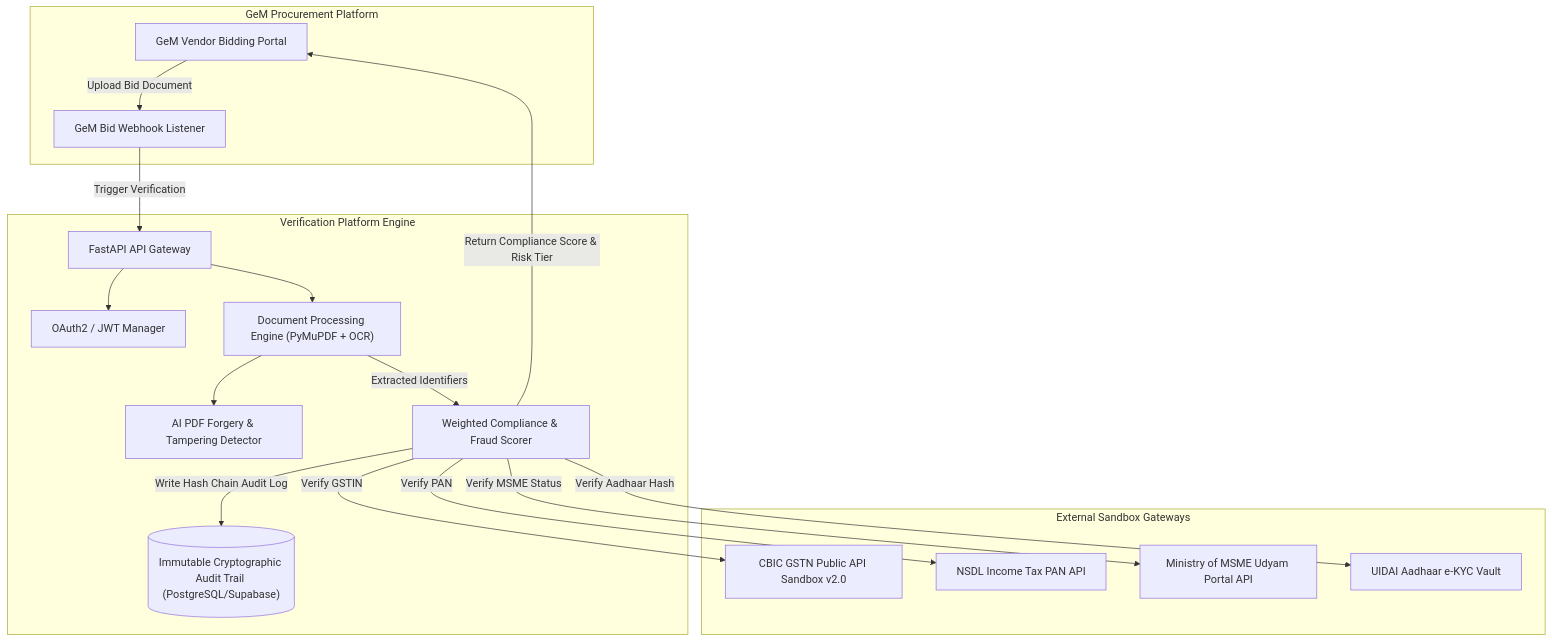
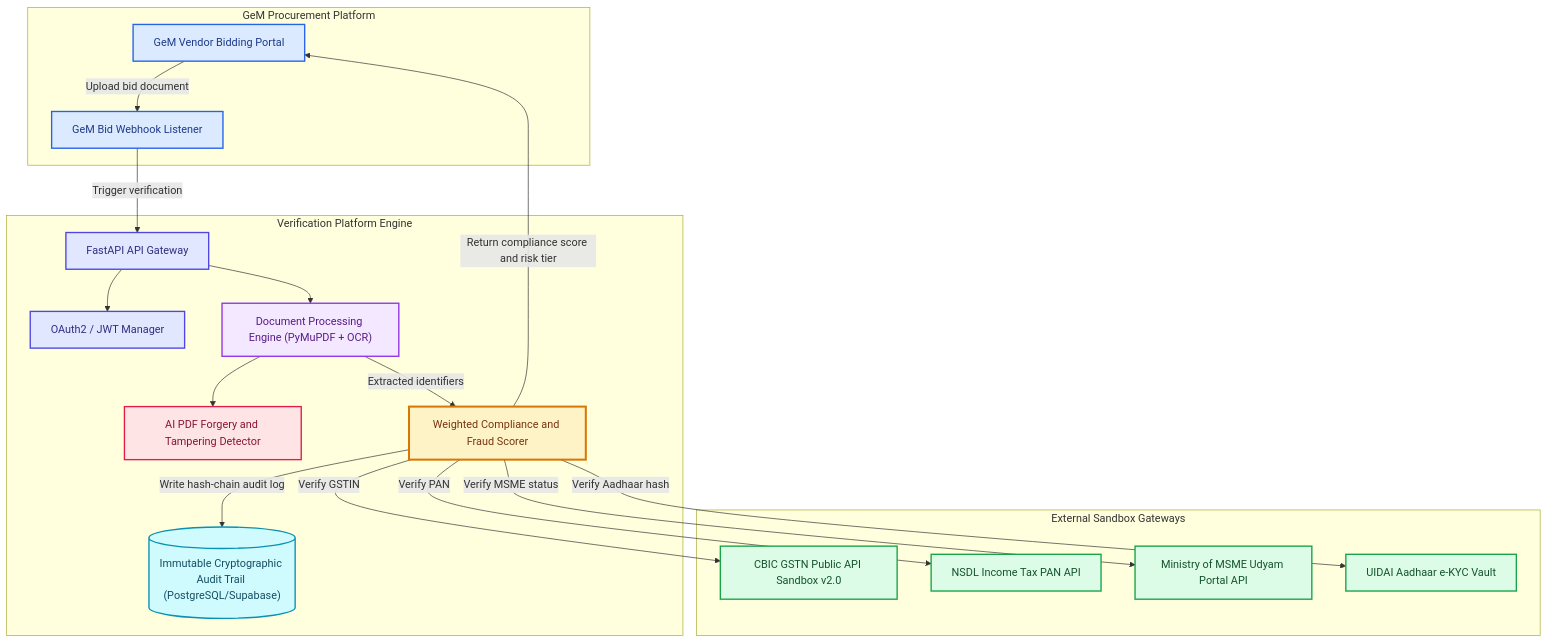
Before and after one commit to Yogeshsingh123-LAB/-AI-Powered-Integrated-Bid-Compliance-Verification-Platform-for-GeM-Procurement: the diagram in docs/GEM_GSTN_SANDBOX_INTEGRATION.md, drawn with Mermaid. The commit also changed 2 other files, not shown here.

Commit message:
Fix GitHub Mermaid diagrams and add colorful styling

````diff
--- a/docs/GEM_GSTN_SANDBOX_INTEGRATION.md
+++ b/docs/GEM_GSTN_SANDBOX_INTEGRATION.md
@@ -13,38 +13,54 @@
 ```mermaid
 flowchart TD
-    subgraph GeM Procurement Platform
+    subgraph GEM["GeM Procurement Platform"]
         GeM_Portal["GeM Vendor Bidding Portal"]
         GeM_Webhook["GeM Bid Webhook Listener"]
     end
 
-    subgraph Verification Platform Engine
+    subgraph VERIFY["Verification Platform Engine"]
         API_Gateway["FastAPI API Gateway"]
         Auth_Service["OAuth2 / JWT Manager"]
         Doc_Pipeline["Document Processing Engine (PyMuPDF + OCR)"]
-        Forgery_Engine["AI PDF Forgery & Tampering Detector"]
-        Scoring_Engine["Weighted Compliance & Fraud Scorer"]
+        Forgery_Engine["AI PDF Forgery and Tampering Detector"]
+        Scoring_Engine["Weighted Compliance and Fraud Scorer"]
         Audit_DB[("Immutable Cryptographic Audit Trail (PostgreSQL/Supabase)")]
     end
 
-    subgraph External Sandbox Gateways
+    subgraph EXTERNAL["External Sandbox Gateways"]
         GSTN_Gateway["CBIC GSTN Public API Sandbox v2.0"]
         PAN_Gateway["NSDL Income Tax PAN API"]
         Udyam_Gateway["Ministry of MSME Udyam Portal API"]
         UIDAI_Gateway["UIDAI Aadhaar e-KYC Vault"]
     end
 
-    GeM_Portal -->|Upload Bid Document| GeM_Webhook
-    GeM_Webhook -->|Trigger Verification| API_Gateway
+    GeM_Portal -->|"Upload bid document"| GeM_Webhook
+    GeM_Webhook -->|"Trigger verification"| API_Gateway
     API_Gateway --> Auth_Service
     API_Gateway --> Doc_Pipeline
     Doc_Pipeline --> Forgery_Engine
-    Doc_Pipeline -->|Extracted Identifiers| Scoring_Engine
+    Doc_Pipeline -->|"Extracted identifiers"| Scoring_Engine
     
-    Scoring_Engine -->|Verify GSTIN| GSTN_Gateway
-    Scoring_Engine -->|Verify PAN| PAN_Gateway
-    Scoring_Engine -->|Verify MSME Status| Udyam_Gateway
-    Scoring_Engine -->|Verify Aadhaar Hash| UIDAI_Gateway
+    Scoring_Engine -->|"Verify GSTIN"| GSTN_Gateway
+    Scoring_Engine -->|"Verify PAN"| PAN_Gateway
+    Scoring_Engine -->|"Verify MSME status"| Udyam_Gateway
+    Scoring_Engine -->|"Verify Aadhaar hash"| UIDAI_Gateway
     
-    Scoring_Engine -->|Write Hash Chain Audit Log| Audit_DB
-    Scoring_Engine -->|Return Compliance Score & Risk Tier| GeM_Portal
+    Scoring_Engine -->|"Write hash-chain audit log"| Audit_DB
+    Scoring_Engine -->|"Return compliance score and risk tier"| GeM_Portal
+
+    classDef portal fill:#DBEAFE,stroke:#2563EB,color:#1E3A8A,stroke-width:2px
+    classDef gateway fill:#E0E7FF,stroke:#4F46E5,color:#312E81,stroke-width:2px
+    classDef processing fill:#F3E8FF,stroke:#9333EA,color:#581C87,stroke-width:2px
+    classDef risk fill:#FFE4E6,stroke:#E11D48,color:#881337,stroke-width:2px
+    classDef score fill:#FEF3C7,stroke:#D97706,color:#78350F,stroke-width:3px
+    classDef external fill:#DCFCE7,stroke:#16A34A,color:#14532D,stroke-width:2px
+    classDef audit fill:#CFFAFE,stroke:#0891B2,color:#164E63,stroke-width:2px
+
+    class GeM_Portal,GeM_Webhook portal
+    class API_Gateway,Auth_Service gateway
+    class Doc_Pipeline processing
+    class Forgery_Engine risk
+    class Scoring_Engine score
+    class GSTN_Gateway,PAN_Gateway,Udyam_Gateway,UIDAI_Gateway external
+    class Audit_DB audit
 ```
````
